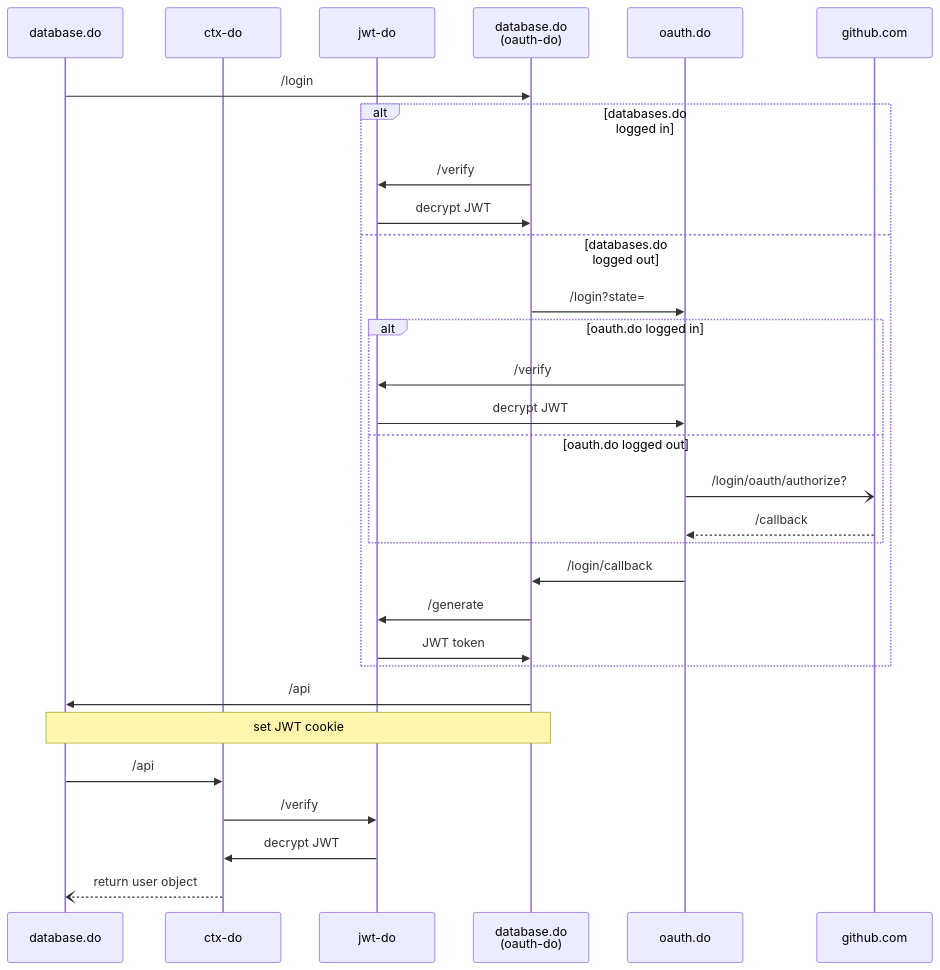
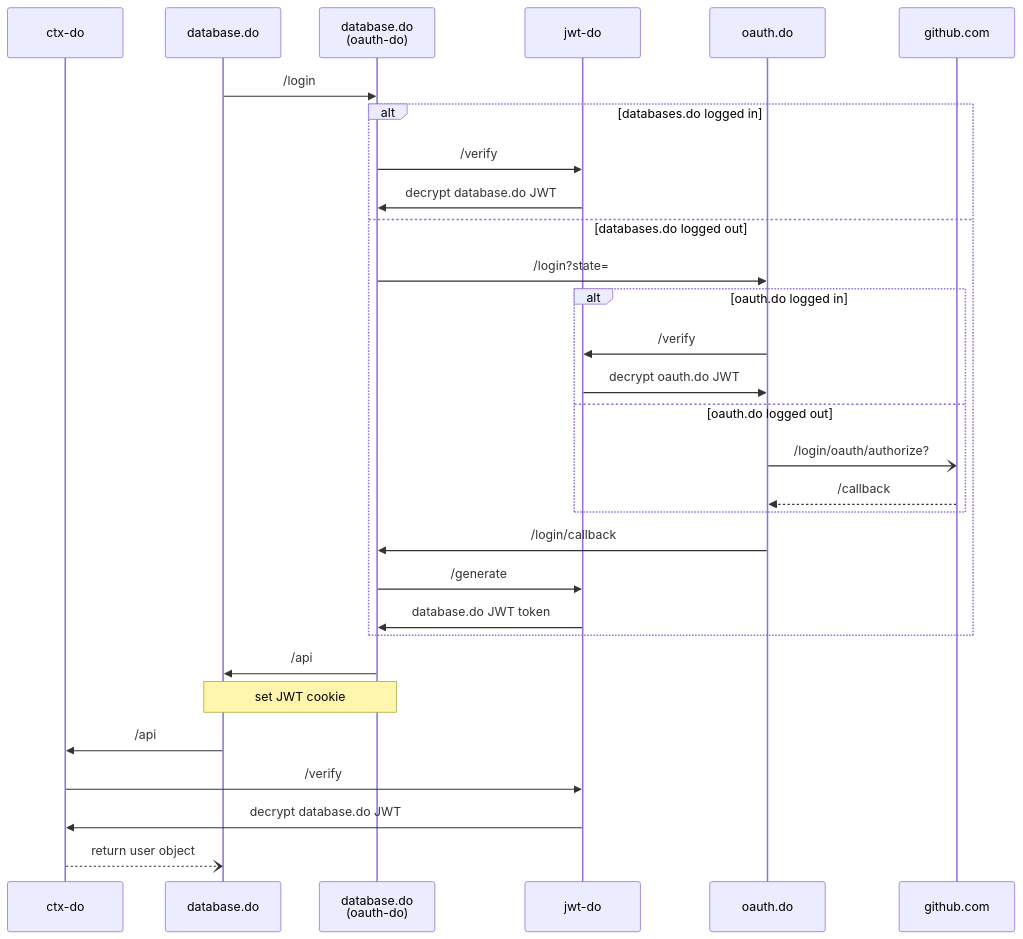
The diagram in README.md (drivly/oauth.do), drawn with Mermaid before and after one commit.

Commit message:
Clarify diagram

````diff
--- a/README.md
+++ b/README.md
@@ -9,31 +9,31 @@
 ```mermaid
 sequenceDiagram
+  participant C as ctx-do
   participant D as database.do
-  participant C as ctx-do
+  participant O as database.do<br/>(oauth-do)
   participant J as jwt-do
-  participant O as database.do<br/>(oauth-do)
   participant A as oauth.do
   D->>O: /login
   alt databases.do logged in
     O->>J: /verify
-    J->>O: decrypt JWT
+    J->>O: decrypt database.do JWT
   else databases.do logged out
     O->>A: /login?state=
     alt oauth.do logged in
       A->>J: /verify
-      J->>A: decrypt JWT
+      J->>A: decrypt oauth.do JWT
     else oauth.do logged out
       A-)github.com: /login/oauth/authorize?
       github.com-->>A: /callback
     end
     A->>O: /login/callback
     O->>J: /generate
-    J->>O: JWT token
+    J->>O: database.do JWT token
   end
   O->>D: /api
   Note over O,D: set JWT cookie
   D->>C: /api
   C->>J: /verify
-  J->>C: decrypt JWT
+  J->>C: decrypt database.do JWT
   C--)D: return user object
 ```
````
